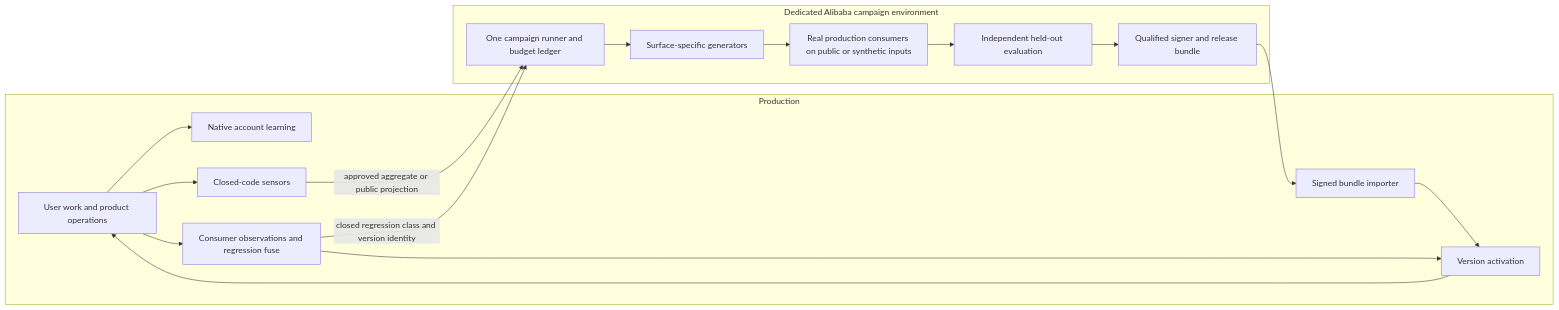
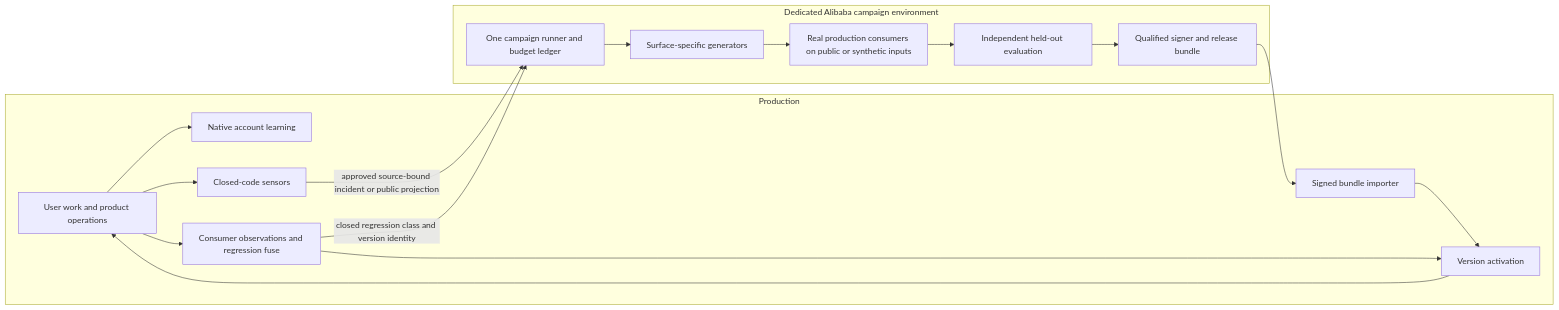
Before and after one commit to anonymous-temp/EviMed-Science: the diagram in docs/superpowers/specs/2026-10-26-rsi-harness2-integration-design.md, drawn with Mermaid. The commit also changed other lines of this file and 42 other files, not shown here.

````diff
--- a/docs/superpowers/specs/2026-10-26-rsi-harness2-integration-design.md
+++ b/docs/superpowers/specs/2026-10-26-rsi-harness2-integration-design.md
@@ -63,20 +63,20 @@
 ```mermaid
 flowchart LR
     subgraph ONLINE[Production]
       A[User work and product operations] --> B[Native account learning]
       A --> S[Closed-code sensors]
       I[Signed bundle importer] --> V[Version activation]
       V --> A
       A --> F[Consumer observations and regression fuse]
       F --> V
     end
     subgraph OFFLINE[Dedicated Alibaba campaign environment]
       Q[One campaign runner and budget ledger] --> G[Surface-specific generators]
       G --> E[Real production consumers on public or synthetic inputs]
       E --> J[Independent held-out evaluation]
       J --> P[Qualified signer and release bundle]
     end
-    S -->|approved aggregate or public projection| Q
+    S -->|approved source-bound incident or public projection| Q
     P --> I
     F -->|closed regression class and version identity| Q
 ```
````
